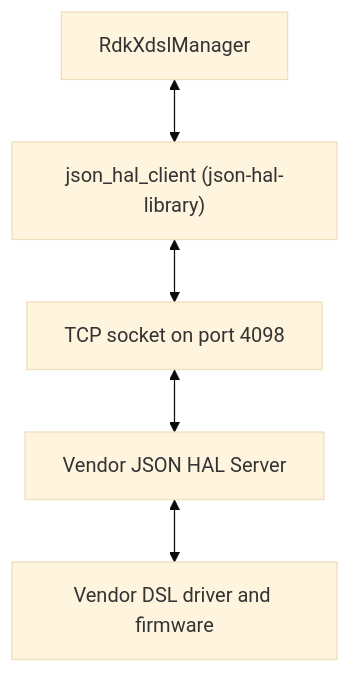
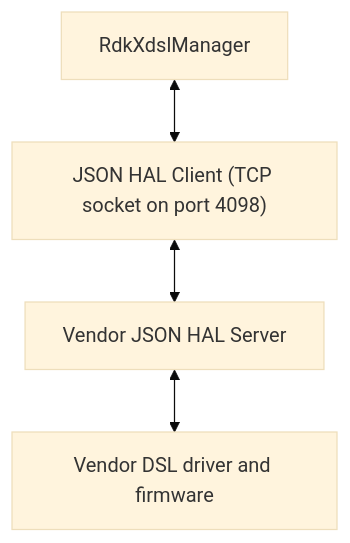
The first of 3 diagrams in docs/pages/XdslHalSpec.md (rdkcentral/rdkb-halif-xdsl), drawn with Mermaid (base theme) before and after one commit.

Commit message:
RDKHAL-5 - Create XDSL HAL specification and add halschema contract
RDKHAL-5 Introduces an initial xDSL JSON-HAL specification, xDSL HAL schema,
example JSON messages.

Changes:

* Added XdslHalSpec.md documentation describing the xDSL JSON-HAL contract and runtime model.
& Added example request/response/event JSON messages plus a manager config template under hal_schema/.
* Added a docs generation script and supporting ignore rules.

````diff
--- a/docs/pages/XdslHalSpec.md
+++ b/docs/pages/XdslHalSpec.md
@@ -41,12 +41,10 @@
 ```mermaid
 flowchart TD
     Mgr["RdkXdslManager"]
-    Cli["json_hal_client (json-hal-library)"]
-    Sock["TCP socket on port 4098"]
+    Cli["JSON HAL Client (TCP socket on port 4098) "]
     Srv["Vendor JSON HAL Server"]
     Drv["Vendor DSL driver and firmware"]
     Mgr <--> Cli
-    Cli <--> Sock
-    Sock <--> Srv
+    Cli <--> Srv
     Srv <--> Drv
 ```
````
